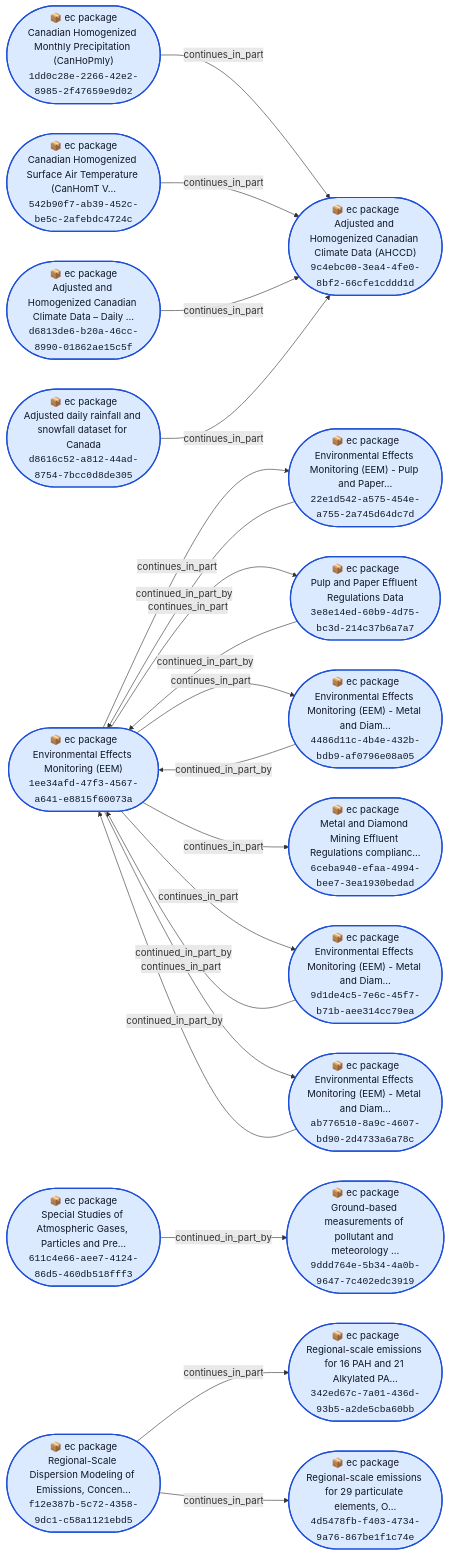
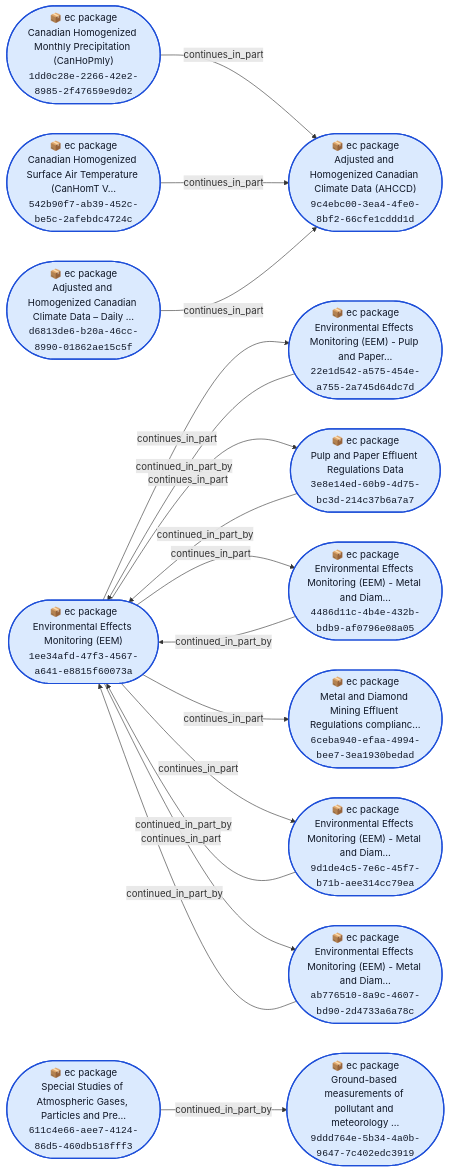
Before and after one commit to open-data/analytics-corporate-reporting: the diagram in DATA_RELS_NETWORK_RPT/charts/ec.md, drawn with Mermaid. The commit also changed 14 other files, not shown here.

````diff
--- a/DATA_RELS_NETWORK_RPT/charts/ec.md
+++ b/DATA_RELS_NETWORK_RPT/charts/ec.md
@@ -3,58 +3,47 @@
 ```mermaid
 flowchart LR
   N1(["📦 ec package<br/>Canadian Homogenized Monthly Precipitation (CanHoPmly)<br/><code>1dd0c28e-2266-42e2-8985-2f47659e9d02</code>"])
   N2(["📦 ec package<br/>Environmental Effects Monitoring (EEM)<br/><code>1ee34afd-47f3-4567-a641-e8815f60073a</code>"])
   N3(["📦 ec package<br/>Environmental Effects Monitoring (EEM) - Pulp and Paper…<br/><code>22e1d542-a575-454e-a755-2a745d64dc7d</code>"])
-  N4(["📦 ec package<br/>Regional-scale emissions for 16 PAH and 21 Alkylated PA…<br/><code>342ed67c-7a01-436d-93b5-a2de5cba60bb</code>"])
-  N5(["📦 ec package<br/>Pulp and Paper Effluent Regulations Data<br/><code>3e8e14ed-60b9-4d75-bc3d-214c37b6a7a7</code>"])
-  N6(["📦 ec package<br/>Environmental Effects Monitoring (EEM) - Metal and Diam…<br/><code>4486d11c-4b4e-432b-bdb9-af0796e08a05</code>"])
-  N7(["📦 ec package<br/>Regional-scale emissions for 29 particulate elements, O…<br/><code>4d5478fb-f403-4734-9a76-867be1f1c74e</code>"])
-  N8(["📦 ec package<br/>Canadian Homogenized Surface Air Temperature (CanHomT V…<br/><code>542b90f7-ab39-452c-be5c-2afebdc4724c</code>"])
-  N9(["📦 ec package<br/>Special Studies of Atmospheric Gases, Particles and Pre…<br/><code>611c4e66-aee7-4124-86d5-460db518fff3</code>"])
-  N10(["📦 ec package<br/>Metal and Diamond Mining Effluent Regulations complianc…<br/><code>6ceba940-efaa-4994-bee7-3ea1930bedad</code>"])
-  N11(["📦 ec package<br/>Adjusted and Homogenized Canadian Climate Data (AHCCD)<br/><code>9c4ebc00-3ea4-4fe0-8bf2-66cfe1cddd1d</code>"])
-  N12(["📦 ec package<br/>Environmental Effects Monitoring (EEM) - Metal and Diam…<br/><code>9d1de4c5-7e6c-45f7-b71b-aee314cc79ea</code>"])
-  N13(["📦 ec package<br/>Ground-based measurements of pollutant and meteorology …<br/><code>9ddd764e-5b34-4a0b-9647-7c402edc3919</code>"])
-  N14(["📦 ec package<br/>Environmental Effects Monitoring (EEM) - Metal and Diam…<br/><code>ab776510-8a9c-4607-bd90-2d4733a6a78c</code>"])
-  N15(["📦 ec package<br/>Adjusted and Homogenized Canadian Climate Data – Daily …<br/><code>d6813de6-b20a-46cc-8990-01862ae15c5f</code>"])
-  N16(["📦 ec package<br/>Adjusted daily rainfall and snowfall dataset for Canada<br/><code>d8616c52-a812-44ad-8754-7bcc0d8de305</code>"])
-  N17(["📦 ec package<br/>Regional-Scale Dispersion Modeling of Emissions, Concen…<br/><code>f12e387b-5c72-4358-9dc1-c58a1121ebd5</code>"])
-  N1 -- "continues_in_part" --> N11
+  N4(["📦 ec package<br/>Pulp and Paper Effluent Regulations Data<br/><code>3e8e14ed-60b9-4d75-bc3d-214c37b6a7a7</code>"])
+  N5(["📦 ec package<br/>Environmental Effects Monitoring (EEM) - Metal and Diam…<br/><code>4486d11c-4b4e-432b-bdb9-af0796e08a05</code>"])
+  N6(["📦 ec package<br/>Canadian Homogenized Surface Air Temperature (CanHomT V…<br/><code>542b90f7-ab39-452c-be5c-2afebdc4724c</code>"])
+  N7(["📦 ec package<br/>Special Studies of Atmospheric Gases, Particles and Pre…<br/><code>611c4e66-aee7-4124-86d5-460db518fff3</code>"])
+  N8(["📦 ec package<br/>Metal and Diamond Mining Effluent Regulations complianc…<br/><code>6ceba940-efaa-4994-bee7-3ea1930bedad</code>"])
+  N9(["📦 ec package<br/>Adjusted and Homogenized Canadian Climate Data (AHCCD)<br/><code>9c4ebc00-3ea4-4fe0-8bf2-66cfe1cddd1d</code>"])
+  N10(["📦 ec package<br/>Environmental Effects Monitoring (EEM) - Metal and Diam…<br/><code>9d1de4c5-7e6c-45f7-b71b-aee314cc79ea</code>"])
+  N11(["📦 ec package<br/>Ground-based measurements of pollutant and meteorology …<br/><code>9ddd764e-5b34-4a0b-9647-7c402edc3919</code>"])
+  N12(["📦 ec package<br/>Environmental Effects Monitoring (EEM) - Metal and Diam…<br/><code>ab776510-8a9c-4607-bd90-2d4733a6a78c</code>"])
+  N13(["📦 ec package<br/>Adjusted and Homogenized Canadian Climate Data – Daily …<br/><code>d6813de6-b20a-46cc-8990-01862ae15c5f</code>"])
+  N1 -- "continues_in_part" --> N9
   N2 -- "continues_in_part" --> N3
+  N2 -- "continues_in_part" --> N4
   N2 -- "continues_in_part" --> N5
-  N2 -- "continues_in_part" --> N6
+  N2 -- "continues_in_part" --> N8
   N2 -- "continues_in_part" --> N10
   N2 -- "continues_in_part" --> N12
-  N2 -- "continues_in_part" --> N14
   N3 -- "continued_in_part_by" --> N2
+  N4 -- "continued_in_part_by" --> N2
   N5 -- "continued_in_part_by" --> N2
-  N6 -- "continued_in_part_by" --> N2
-  N8 -- "continues_in_part" --> N11
-  N9 -- "continued_in_part_by" --> N13
+  N6 -- "continues_in_part" --> N9
+  N7 -- "continued_in_part_by" --> N11
+  N10 -- "continued_in_part_by" --> N2
   N12 -- "continued_in_part_by" --> N2
-  N14 -- "continued_in_part_by" --> N2
-  N15 -- "continues_in_part" --> N11
-  N16 -- "continues_in_part" --> N11
-  N17 -- "continues_in_part" --> N4
-  N17 -- "continues_in_part" --> N7
+  N13 -- "continues_in_part" --> N9
   class N1 seed
   class N2 seed
   class N3 seed
   class N4 seed
   class N5 seed
   class N6 seed
   class N7 seed
   class N8 seed
   class N9 seed
   class N10 seed
   class N11 seed
   class N12 seed
   class N13 seed
-  class N14 seed
-  class N15 seed
-  class N16 seed
-  class N17 seed
   classDef seed fill:#dbeafe,stroke:#1d4ed8,stroke-width:2px,color:#111827
   classDef other fill:#ecfccb,stroke:#4d7c0f,stroke-width:1px,color:#111827
   classDef url fill:#f3f4f6,stroke:#6b7280,stroke-dasharray: 4 3,color:#111827
 ```
````
